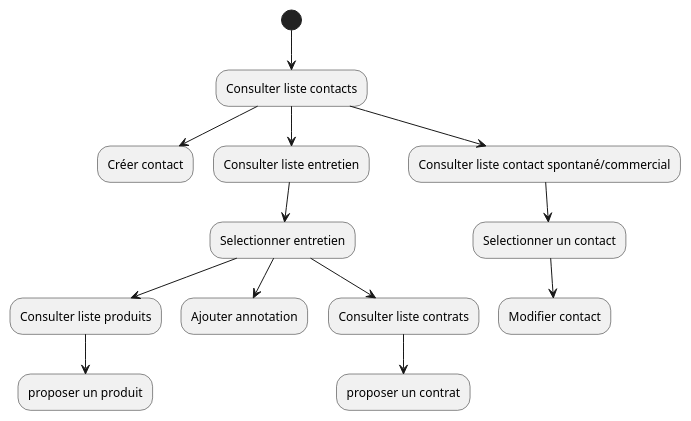
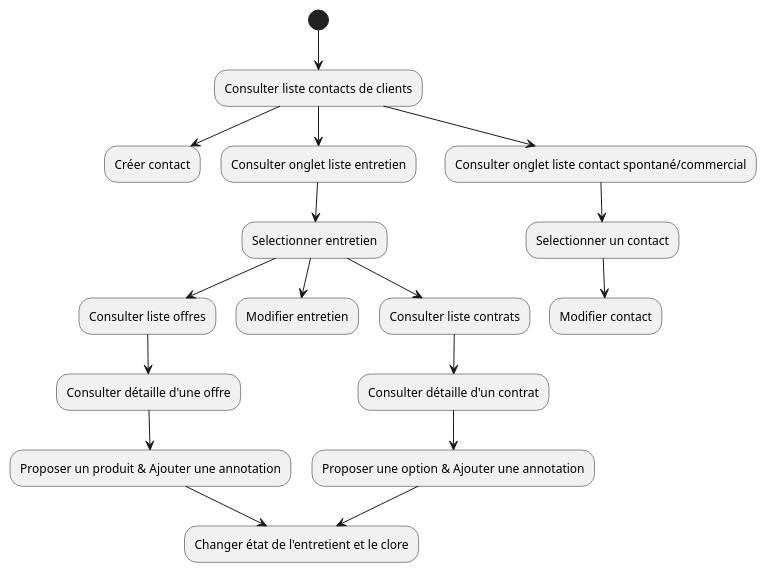
One commit to HZjiadong/PLD-MARS changed the diagram in src/documentation/CU3-DA.puml. Above: the diagram before and after it, drawn with PlantUML. The commit also changed 1 other file, not shown here.

```diff
--- a/src/documentation/CU3-DA.puml
+++ b/src/documentation/CU3-DA.puml
@@ -1,24 +1,30 @@
 @startuml
 
-(*) --> "Consulter liste contacts"
+(*) --> "Consulter liste contacts de clients"
 
-"Consulter liste contacts" -->"Créer contact"
+"Consulter liste contacts de clients" -->"Créer contact"
 
 
-"Consulter liste contacts" -->"Consulter liste entretien"
+"Consulter liste contacts de clients" -->"Consulter onglet liste entretien"
 
-"Consulter liste entretien"-->"Selectionner entretien"
-"Selectionner entretien"-->"Consulter liste produits"
--->"proposer un produit"
-"Selectionner entretien"-->"Ajouter annotation"
+"Consulter onglet liste entretien"-->"Selectionner entretien"
+
+"Selectionner entretien"-->"Consulter liste offres"
+"Consulter liste offres"-->"Consulter détaille d'une offre"
+-->"Proposer un produit & Ajouter une annotation"
+
+"Selectionner entretien"-->"Modifier entretien"
 
 "Selectionner entretien"-->"Consulter liste contrats"
--->"proposer un contrat"
+-->"Consulter détaille d'un contrat"
+-->"Proposer une option & Ajouter une annotation"
 
+"Proposer une option & Ajouter une annotation"-->"Changer état de l'entretient et le clore"
+"Proposer un produit & Ajouter une annotation"-->"Changer état de l'entretient et le clore"
 
-"Consulter liste contacts" -->"Consulter liste contact spontané/commercial"
+"Consulter liste contacts de clients" -->"Consulter onglet liste contact spontané/commercial"
 -->"Selectionner un contact"
 "Selectionner un contact"-->"Modifier contact"
 
 
 @enduml
```
